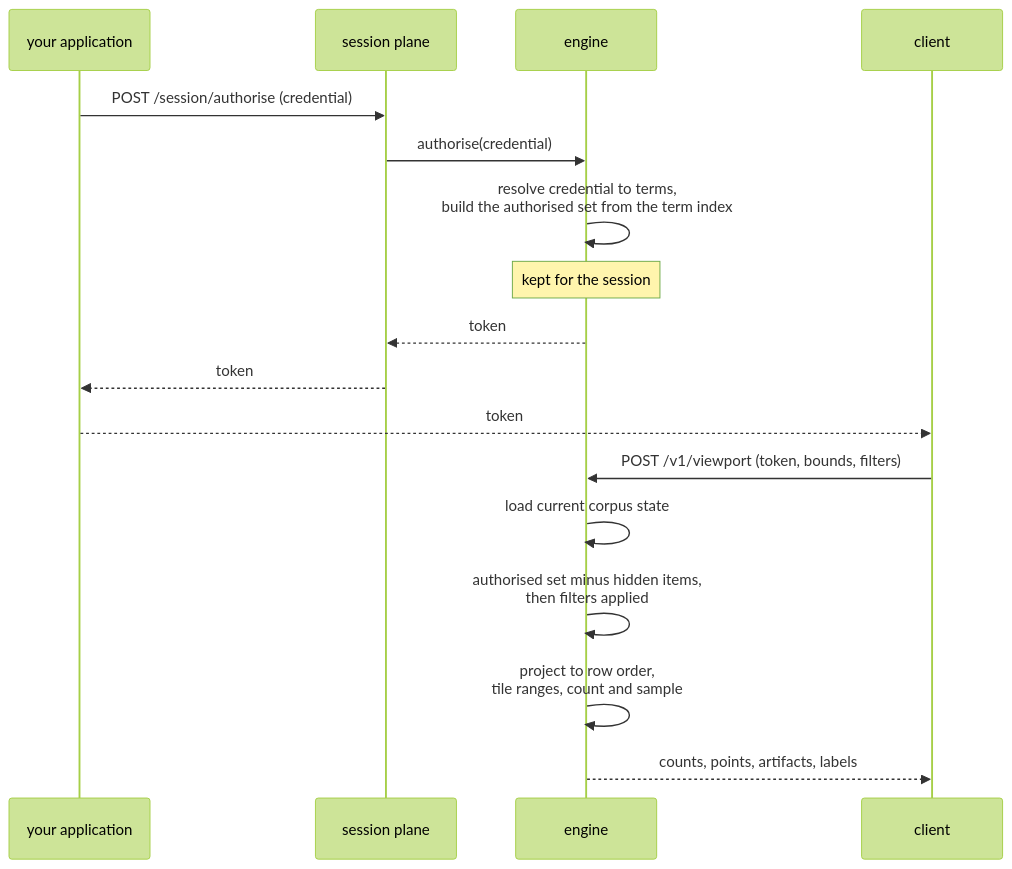
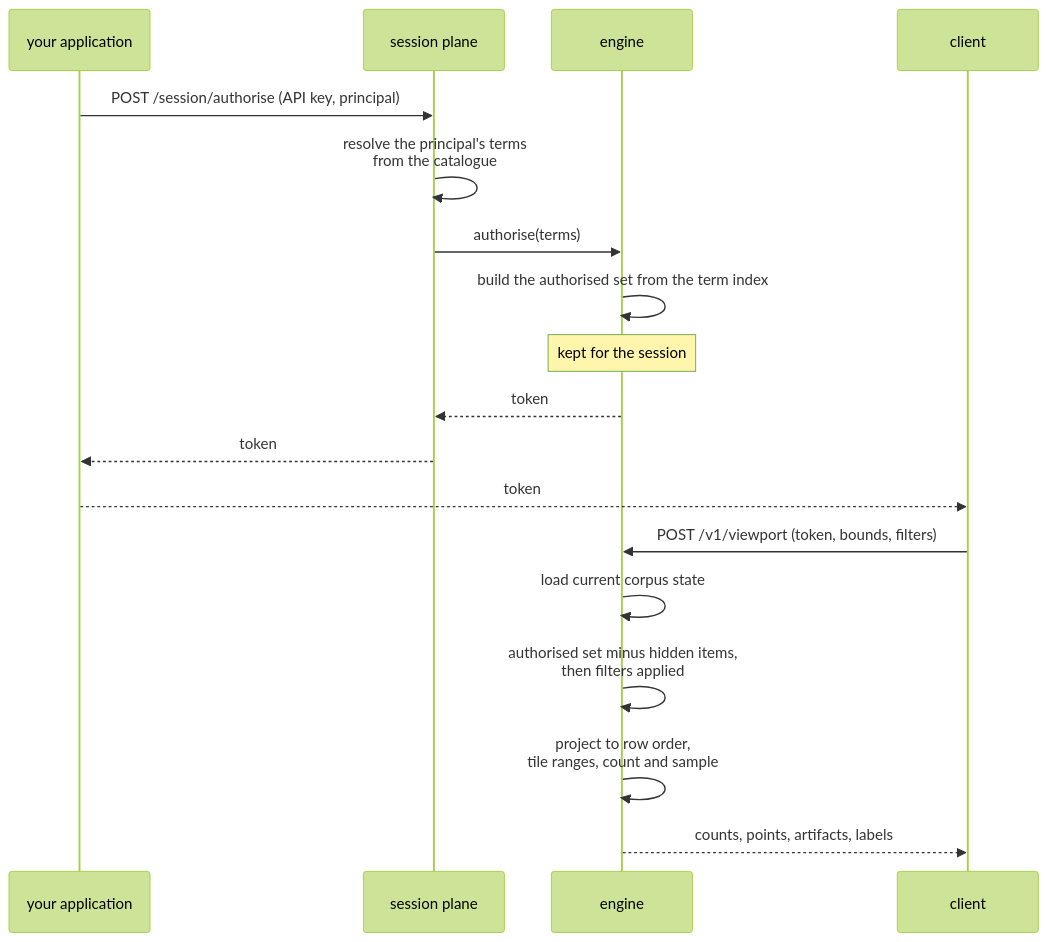
The diagram in docs/system/access-control.md (jennis0/tesseradb), drawn with Mermaid (forest theme) before and after one commit. The commit also changed other lines of this file and 12 other files, not shown here.

````diff
--- a/docs/system/access-control.md
+++ b/docs/system/access-control.md
@@ -9,20 +9,21 @@
 ```mermaid
 sequenceDiagram
   participant A as your application
   participant S as session plane
   participant E as engine
   participant C as client
 
-  A->>S: POST /session/authorise (credential)
-  S->>E: authorise(credential)
-  E->>E: resolve credential to terms,<br/>build the authorised set from the term index
+  A->>S: POST /session/authorise (API key, principal)
+  S->>S: resolve the principal's terms<br/>from the catalogue
+  S->>E: authorise(terms)
+  E->>E: build the authorised set from the term index
   Note over E: kept for the session
   E-->>S: token
   S-->>A: token
   A-->>C: token
   C->>E: POST /v1/viewport (token, bounds, filters)
   E->>E: load current corpus state
   E->>E: authorised set minus hidden items,<br/>then filters applied
   E->>E: project to row order,<br/>tile ranges, count and sample
   E-->>C: counts, points, artifacts, labels
 ```
````
